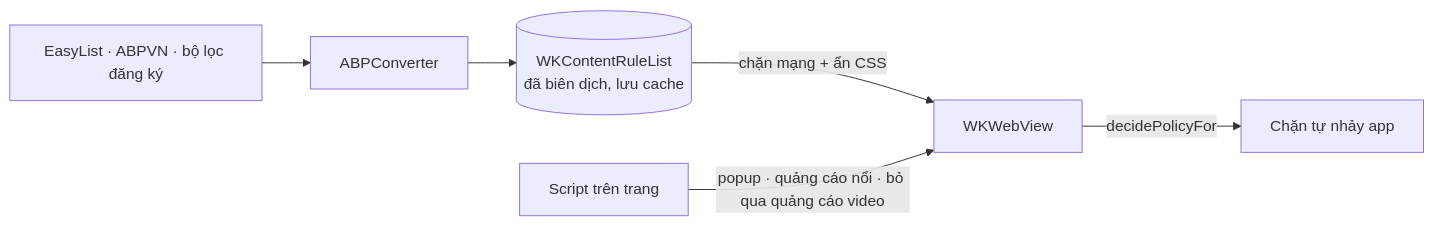
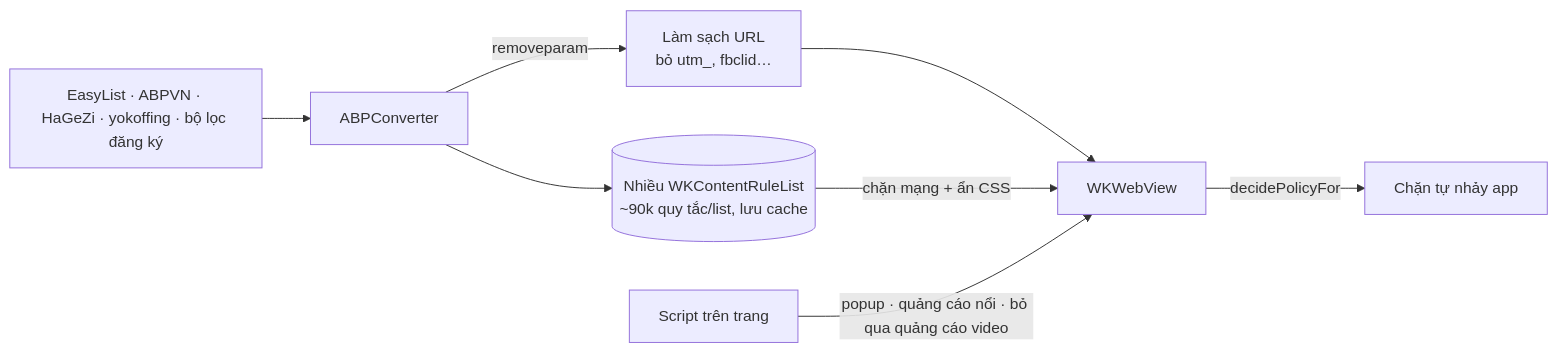
Before and after one commit to leduyphuc1702/FAbrowser: the second of 2 diagrams in README.md, drawn with Mermaid. The commit also changed other lines of this file and 16 other files, not shown here.

First line of the commit message:
Add yokoffing filter lists, translate suggestions with cache, smarter video takeover and accelerated loading

````diff
--- a/README.md
+++ b/README.md
@@ -189,8 +195,10 @@
 ```mermaid
 flowchart LR
-    L[EasyList · ABPVN · bộ lọc đăng ký] --> P[ABPConverter]
-    P --> R[(WKContentRuleList<br/>đã biên dịch, lưu cache)]
+    L[EasyList · ABPVN · HaGeZi · yokoffing · bộ lọc đăng ký] --> P[ABPConverter]
+    P --> R[(Nhiều WKContentRuleList<br/>~90k quy tắc/list, lưu cache)]
+    P -->|removeparam| U[Làm sạch URL<br/>bỏ utm_, fbclid…]
+    U --> W
     R -->|chặn mạng + ẩn CSS| W[WKWebView]
     S[Script trên trang] -->|popup · quảng cáo nổi · bỏ qua quảng cáo video| W
     W -->|decidePolicyFor| J[Chặn tự nhảy app]
 ```
````
